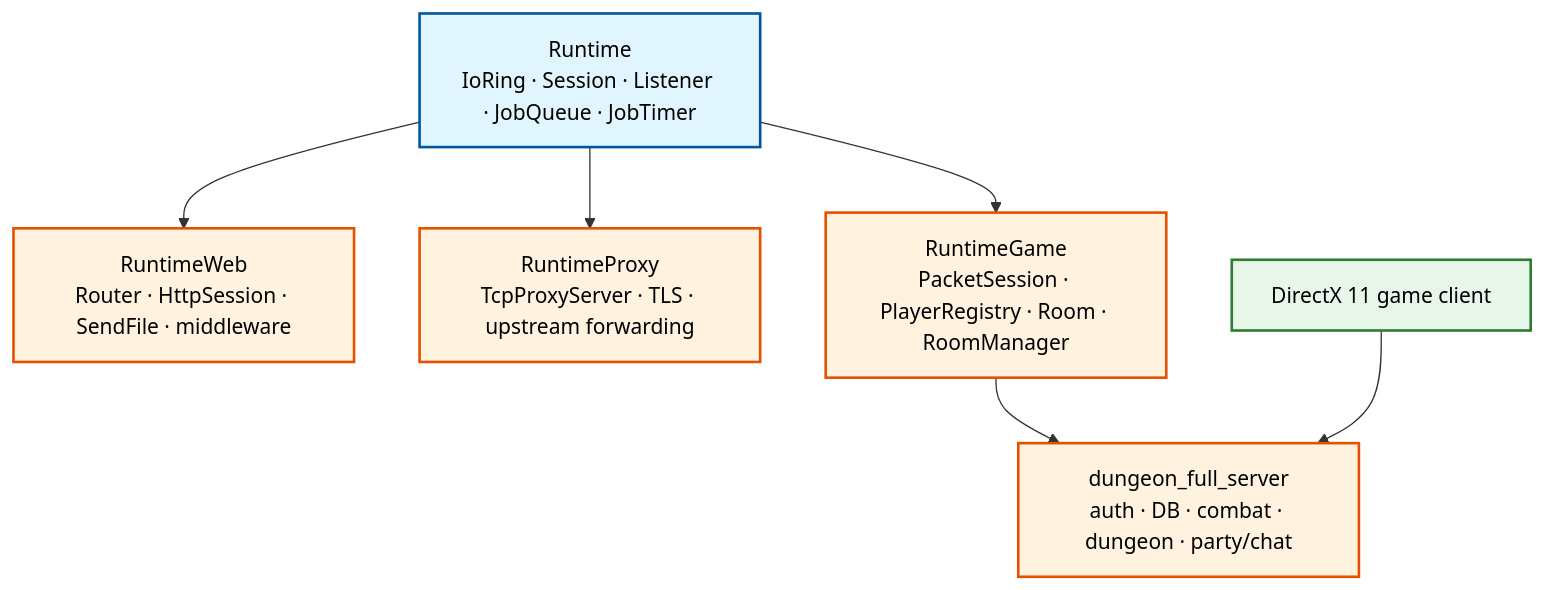
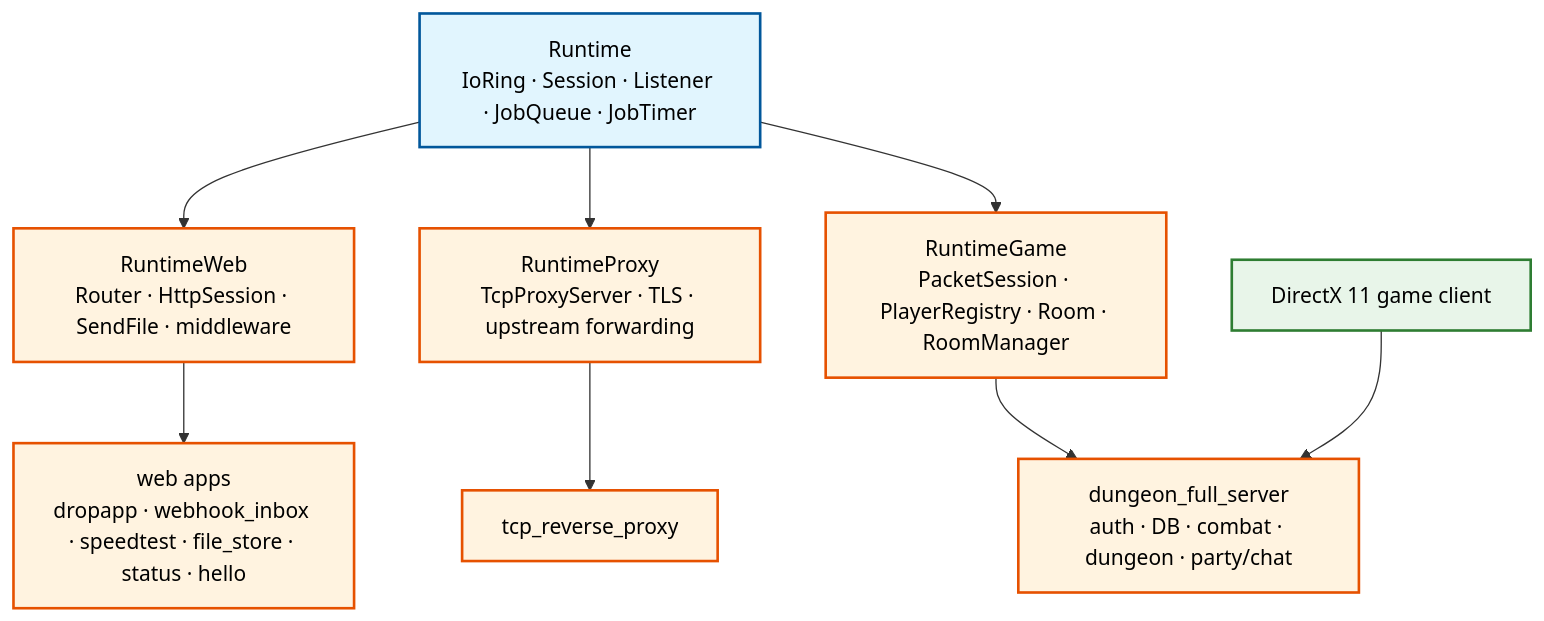
Before and after one commit to mint-cocoa/portfolio: the first of 10 diagrams in docs/server/ServerCorePortfolio.qmd, drawn with Mermaid. The commit also changed other lines of this file and 3 other files, not shown here.

````diff
--- a/docs/server/ServerCorePortfolio.qmd
+++ b/docs/server/ServerCorePortfolio.qmd
@@ -71,22 +71,26 @@
 ```{mermaid}
 %%| label: fig-runtime-layering
 %%| fig-cap: "io_uring 런타임과 애플리케이션 계층"
 graph TD
     classDef runtime fill:#e1f5fe,stroke:#01579b,stroke-width:2px,color:#000
     classDef app fill:#fff3e0,stroke:#e65100,stroke-width:2px,color:#000
     classDef external fill:#e8f5e9,stroke:#2e7d32,stroke-width:2px,color:#000
 
     Runtime["Runtime<br/>IoRing · Session · Listener · JobQueue · JobTimer"]:::runtime
 
     Web["RuntimeWeb<br/>Router · HttpSession · SendFile · middleware"]:::app
     Proxy["RuntimeProxy<br/>TcpProxyServer · TLS · upstream forwarding"]:::app
     GameRuntime["RuntimeGame<br/>PacketSession · PlayerRegistry · Room · RoomManager"]:::app
+    WebApps["web apps<br/>dropapp · webhook_inbox · speedtest · file_store · status · hello"]:::app
+    ProxyApp["tcp_reverse_proxy"]:::app
     GameServer["dungeon_full_server<br/>auth · DB · combat · dungeon · party/chat"]:::app
     Client["DirectX 11 game client"]:::external
 
     Runtime --> Web
     Runtime --> Proxy
     Runtime --> GameRuntime
+    Web --> WebApps
+    Proxy --> ProxyApp
     GameRuntime --> GameServer
     Client --> GameServer
 ```
````
